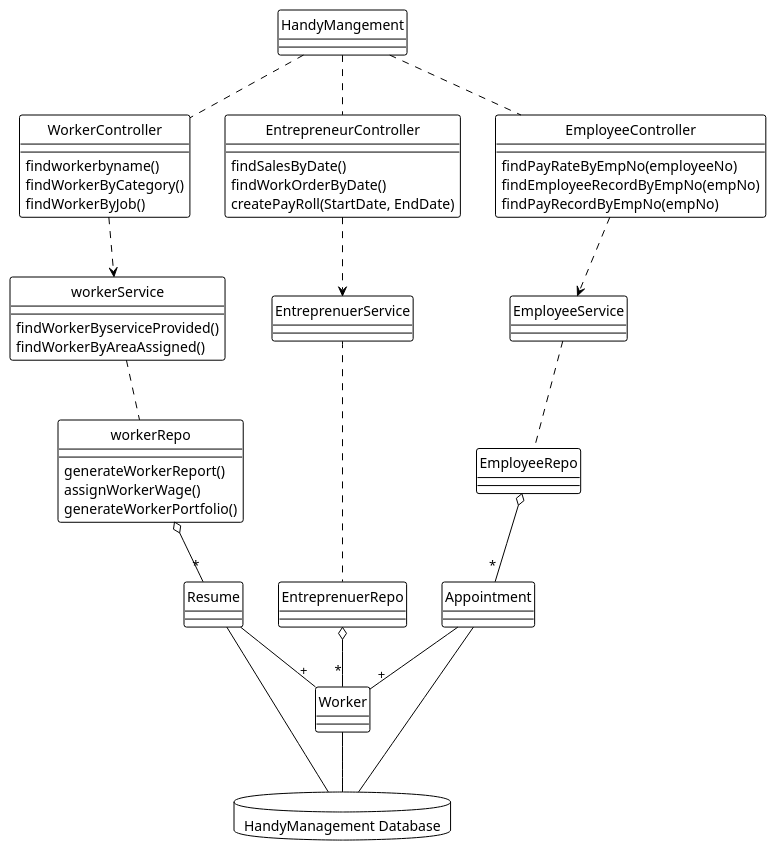
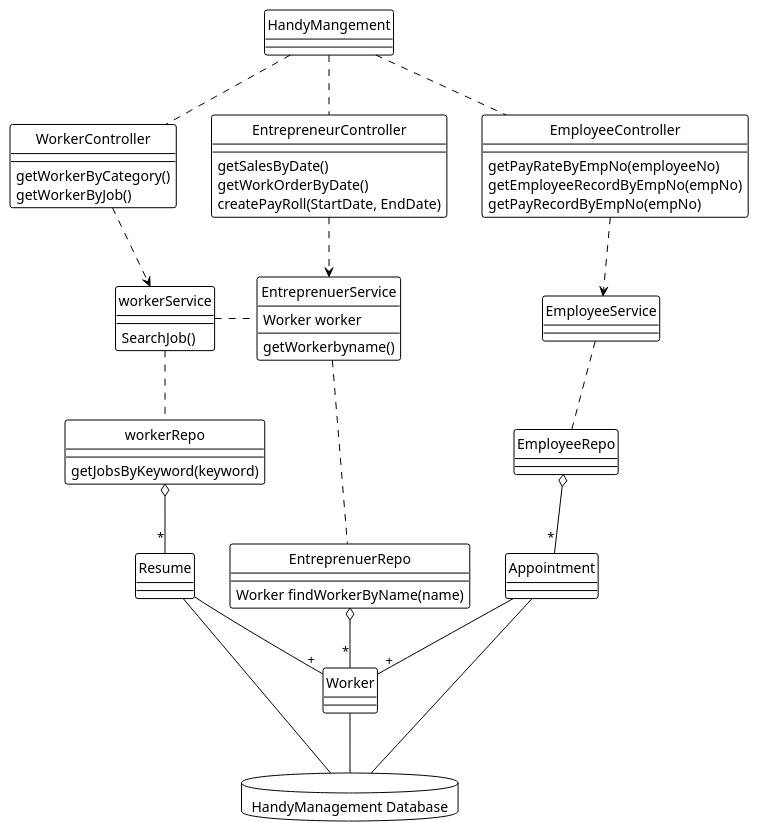
One commit to CPA-Developer/ProjectRepo changed the diagram in handyManagement.puml. Above: the diagram before and after it, drawn with PlantUML.

Commit message:
final Diagram

```diff
--- a/handyManagement.puml
+++ b/handyManagement.puml
@@ -1,83 +1,89 @@
 @startuml Handy Mangement
 skinparam style Strictuml
 
 !theme plain
 
 
 class HandyMangement {
 
 }
 
 
 class WorkerController {
-   findworkerbyname()
-   findWorkerByCategory()
-   findWorkerByJob()
+  
+   getWorkerByCategory()
+   getWorkerByJob()
 
     
 }
 
 class EntrepreneurController {
-     findSalesByDate()
-   findWorkOrderByDate()
+     getSalesByDate()
+   getWorkOrderByDate()
    createPayRoll(StartDate, EndDate)
 }
 
 class EmployeeController {
-    findPayRateByEmpNo(employeeNo)
-    findEmployeeRecordByEmpNo(empNo)
-    findPayRecordByEmpNo(empNo)
+    getPayRateByEmpNo(employeeNo)
+    getEmployeeRecordByEmpNo(empNo)
+    getPayRecordByEmpNo(empNo)
 }
 
 class workerService{
-   findWorkerByserviceProvided()
-   findWorkerByAreaAssigned()
+   SearchJob()
+  
 
 }
 class workerRepo{
-   generateWorkerReport()
-   assignWorkerWage()
-   generateWorkerPortfolio()
+  getJobsByKeyword(keyword)
 }
 
-class EmployeeService{}
+class EmployeeService{
+   
+}
 class EmployeeRepo{}
 
-class EntreprenuerService{}
-class EntreprenuerRepo{}
+class EntreprenuerService{
+   Worker worker
+    getWorkerbyname()
+}
+class EntreprenuerRepo{
+   Worker findWorkerByName(name)
+}
 
 database "HandyManagement Database"{
 }
 
+workerService .right. EntreprenuerService
 
 HandyMangement .. WorkerController
 HandyMangement .. EntrepreneurController
 HandyMangement .. EmployeeController
 
 
 WorkerController ..> workerService
 EntrepreneurController ..> EntreprenuerService
 EmployeeController ..> EmployeeService
 
 
 workerService .. workerRepo
 EmployeeService .. EmployeeRepo
 EntreprenuerService .. EntreprenuerRepo
 
 workerRepo o--"*" Resume 
 EntreprenuerRepo o--"*" Worker 
 
 EmployeeRepo o--"*" Appointment 
 Appointment --"+" Worker
 
 Resume --"+" Worker
 
 Worker -- "HandyManagement Database"
 Appointment -- "HandyManagement Database"
 Resume -- "HandyManagement Database"
 
 
 
 
 
 @enduml
```
